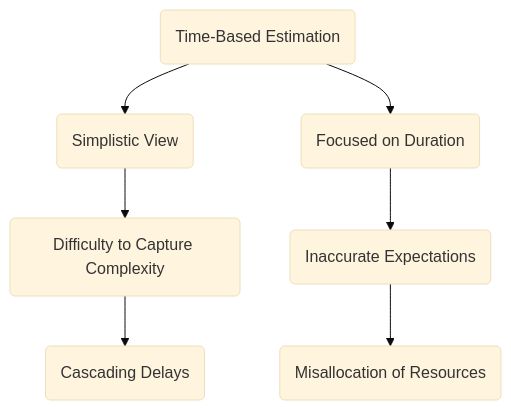
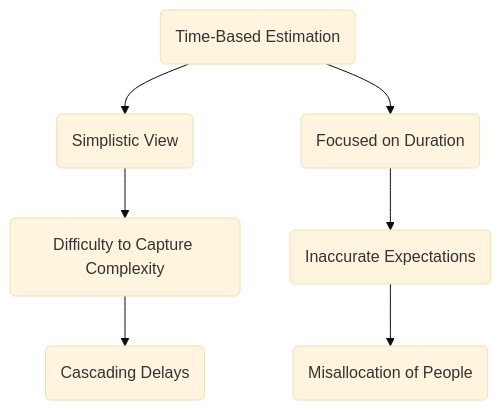
The second of 10 diagrams in content/posts/2023-04-28-estimating/index.md (sammcj/smcleod), drawn with Mermaid (base theme) before and after one commit. The commit also changed other lines of this file, not shown here.

````diff
--- a/content/posts/2023-04-28-estimating/index.md
+++ b/content/posts/2023-04-28-estimating/index.md
@@ -57,9 +57,9 @@
 ```mermaid
 graph TD
     A(Time-Based Estimation) --> B(Simplistic View)
     A --> C(Focused on Duration)
     B --> D1(Difficulty to Capture Complexity)
     C --> D2(Inaccurate Expectations)
     D1 --> E1(Cascading Delays)
-    D2 --> E2(Misallocation of Resources)
+    D2 --> E2(Misallocation of People)
 ```
````
